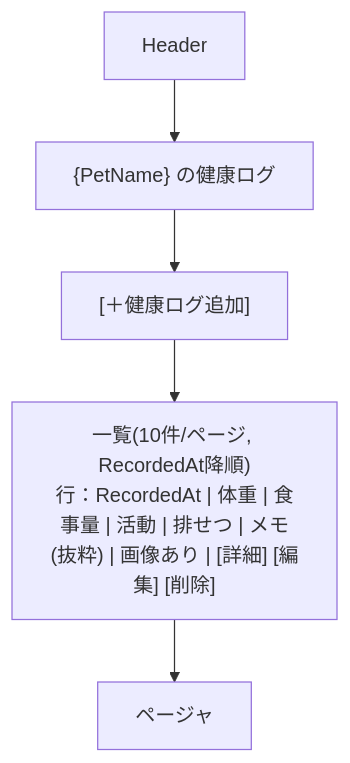
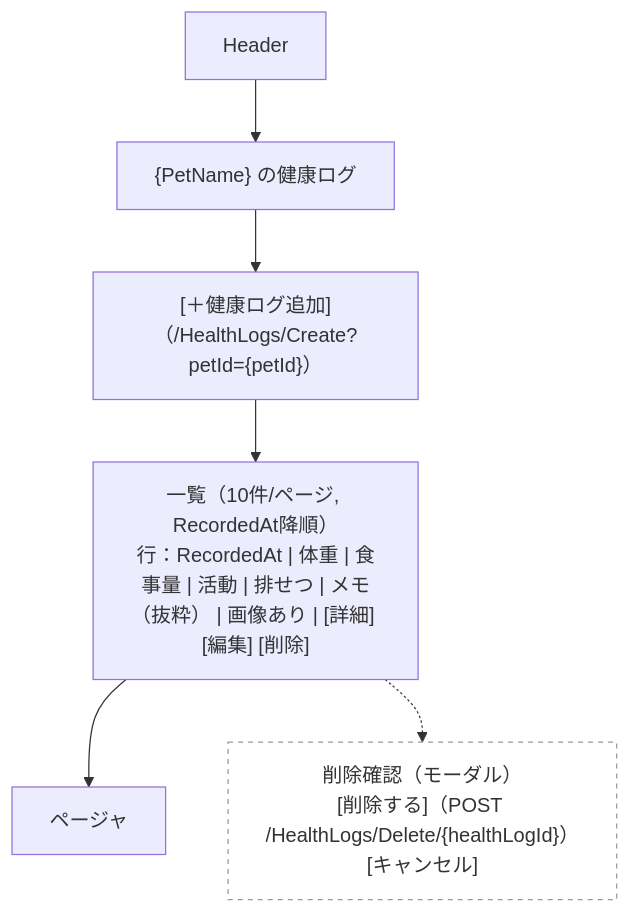
Before and after one commit to Cat5Dog2/PetHealthManagement: diagram 11 of 23 in docs/ui-wireframe.md, drawn with Mermaid. The commit also changed other lines of this file, not shown here.

````diff
--- a/docs/ui-wireframe.md
+++ b/docs/ui-wireframe.md
@@ -79,10 +178,14 @@
 ```mermaid
 flowchart TB
   Header["Header"]
   Title["{PetName} の健康ログ"]
-  Actions["[＋健康ログ追加]"]
-  List["一覧(10件/ページ, RecordedAt降順)<br/>行：RecordedAt | 体重 | 食事量 | 活動 | 排せつ | メモ(抜粋) | 画像あり | [詳細] [編集] [削除]"]
+  Actions["[＋健康ログ追加]（/HealthLogs/Create?petId={petId}）"]
+  List["一覧（10件/ページ, RecordedAt降順）<br/>行：RecordedAt | 体重 | 食事量 | 活動 | 排せつ | メモ（抜粋） | 画像あり | [詳細] [編集] [削除]"]
   Pager["ページャ"]
+  DeleteConfirm["削除確認（モーダル）<br/>[削除する]（POST /HealthLogs/Delete/{healthLogId}）<br/>[キャンセル]"]:::note
 
   Header --> Title --> Actions --> List --> Pager
+  List -.-> DeleteConfirm
+
+  classDef note fill:#fff,stroke:#999,stroke-dasharray: 4 4,color:#333;
 ```
````
